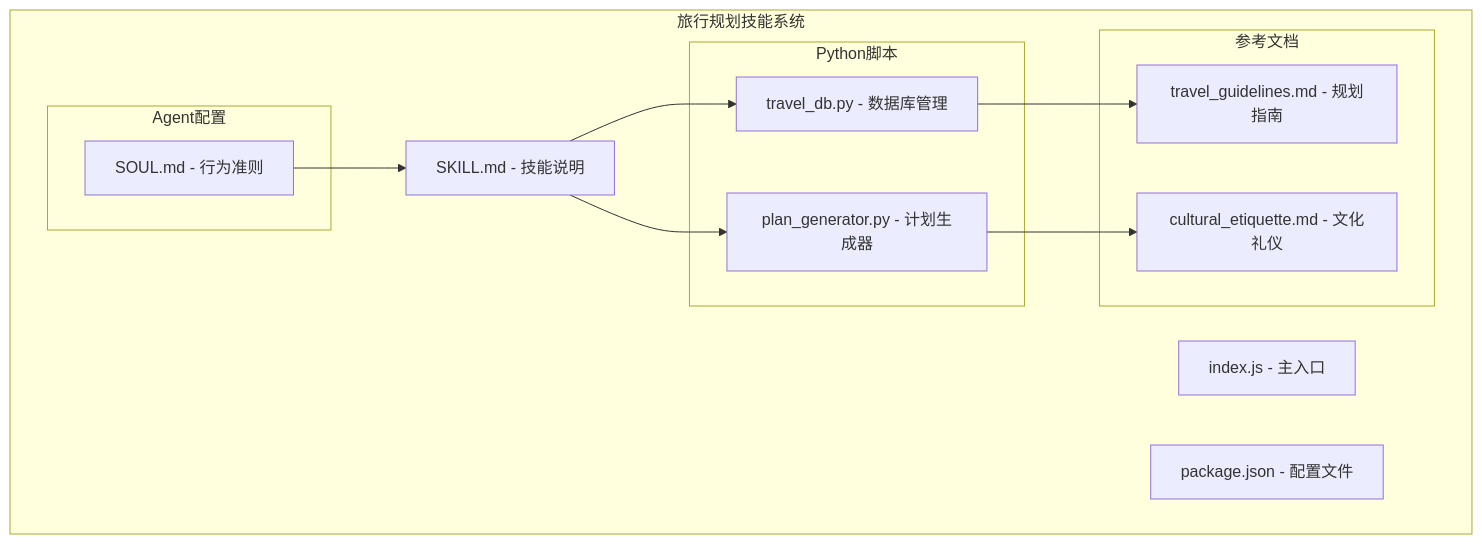
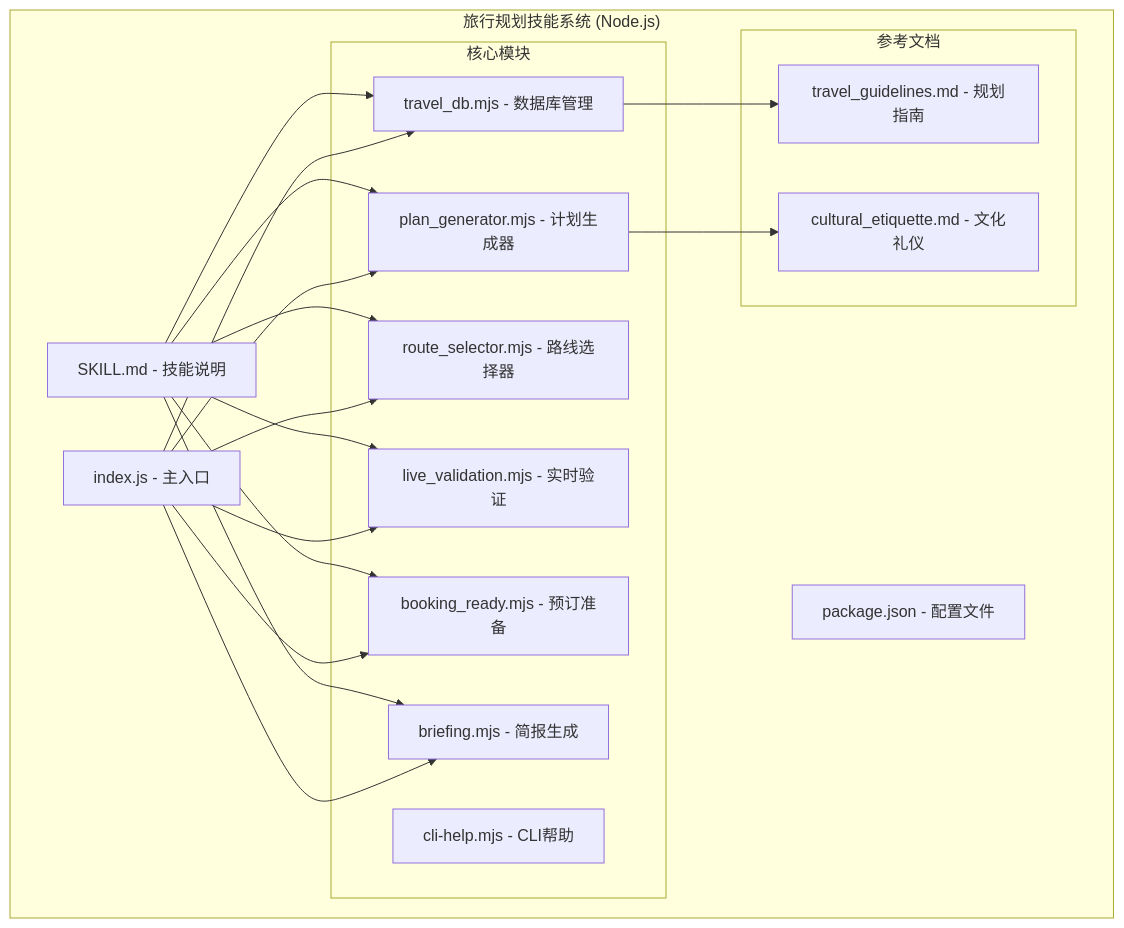
One commit to verse-ai-org/openclaw changed the first of 8 diagrams in .qoder/repowiki/zh/content/技能平台/内置技能/旅行规划技能系统.md. Above: the diagram before and after it, drawn with Mermaid. The commit also changed other lines of this file and 23 other files, not shown here.

````diff
--- a/.qoder/repowiki/zh/content/技能平台/内置技能/旅行规划技能系统.md
+++ b/.qoder/repowiki/zh/content/技能平台/内置技能/旅行规划技能系统.md
@@ -44,24 +60,35 @@
 ```mermaid
 graph TB
-subgraph "旅行规划技能系统"
+subgraph "旅行规划技能系统 (Node.js)"
 A[SKILL.md - 技能说明]
 B[index.js - 主入口]
 C[package.json - 配置文件]
-subgraph "Python脚本"
-D[travel_db.py - 数据库管理]
-E[plan_generator.py - 计划生成器]
+subgraph "核心模块"
+D[travel_db.mjs - 数据库管理]
+E[plan_generator.mjs - 计划生成器]
+F[route_selector.mjs - 路线选择器]
+G[live_validation.mjs - 实时验证]
+H[booking_ready.mjs - 预订准备]
+I[briefing.mjs - 简报生成]
+J[cli-help.mjs - CLI帮助]
 end
 subgraph "参考文档"
-F[travel_guidelines.md - 规划指南]
-G[cultural_etiquette.md - 文化礼仪]
-end
-subgraph "Agent配置"
-H[SOUL.md - 行为准则]
+K[travel_guidelines.md - 规划指南]
+L[cultural_etiquette.md - 文化礼仪]
 end
 end
 A --> D
 A --> E
-D --> F
-E --> G
-H --> A
+A --> F
+A --> G
+A --> H
+A --> I
+D --> K
+E --> L
+B --> D
+B --> E
+B --> F
+B --> G
+B --> H
+B --> I
 ```
````
